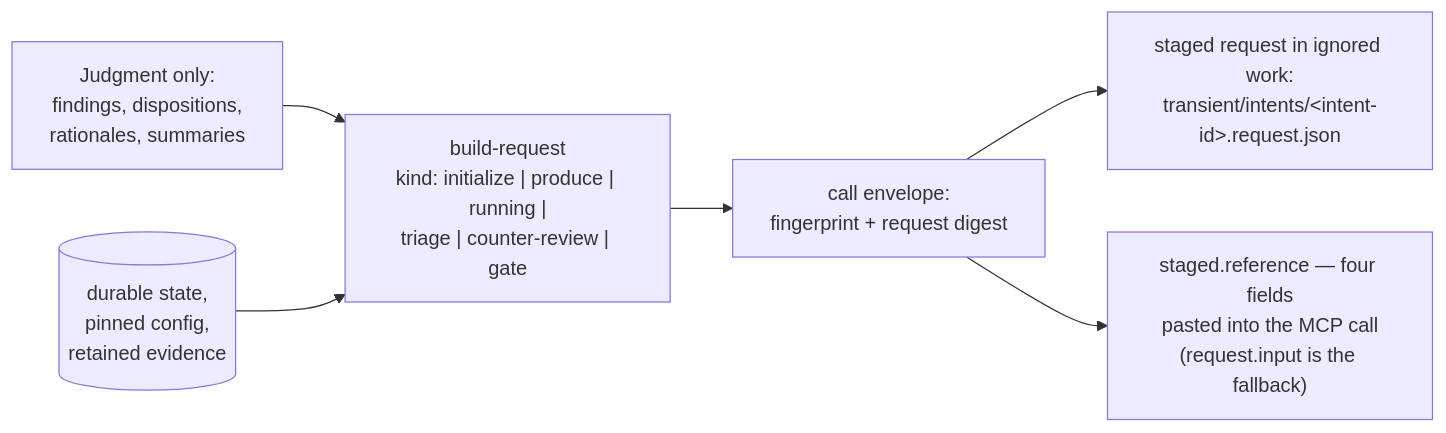
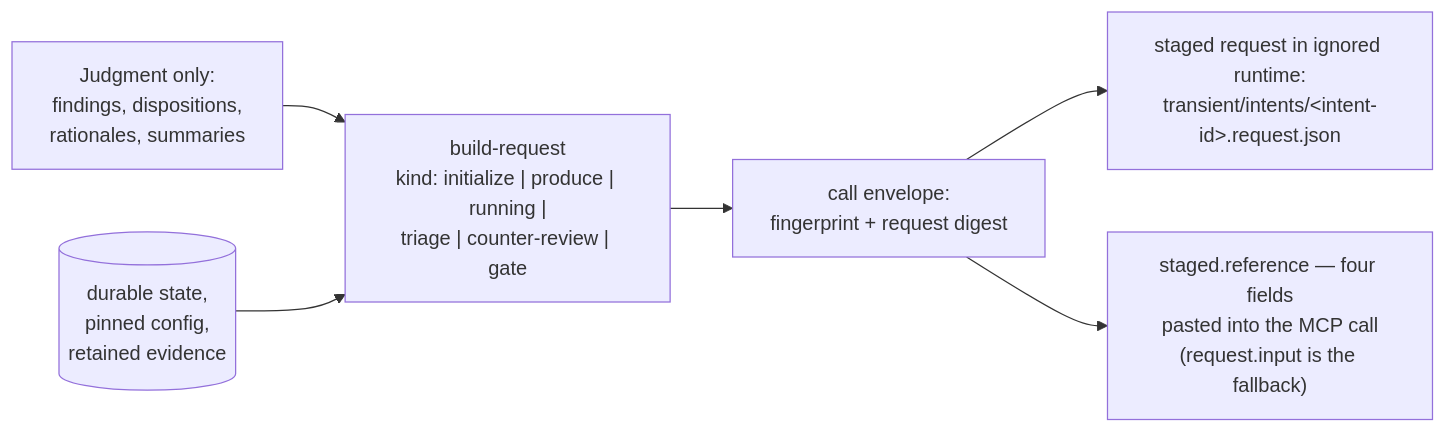
One commit to Aroton/ArchflowV2 changed the diagram in docs/cli/COMMANDS.md. Above: the diagram before and after it, drawn with Mermaid. The commit also changed other lines of this file and 63 other files, not shown here.

Commit message:
refactor: rename work directory to runtime

````diff
--- a/docs/cli/COMMANDS.md
+++ b/docs/cli/COMMANDS.md
@@ -63,8 +63,8 @@
 ```mermaid
 flowchart LR
     J["Judgment only:<br/>findings, dispositions,<br/>rationales, summaries"] --> BR["build-request<br/>kind: initialize | produce | running |<br/>triage | counter-review | gate"]
     DS[("durable state,<br/>pinned config,<br/>retained evidence")] --> BR
     BR --> ENV["call envelope:<br/>fingerprint + request digest"]
-    ENV --> STG["staged request in ignored work:<br/>transient/intents/&lt;intent-id&gt;.request.json"]
+    ENV --> STG["staged request in ignored runtime:<br/>transient/intents/&lt;intent-id&gt;.request.json"]
     ENV --> OUT["staged.reference — four fields<br/>pasted into the MCP call<br/>(request.input is the fallback)"]
 ```
````
